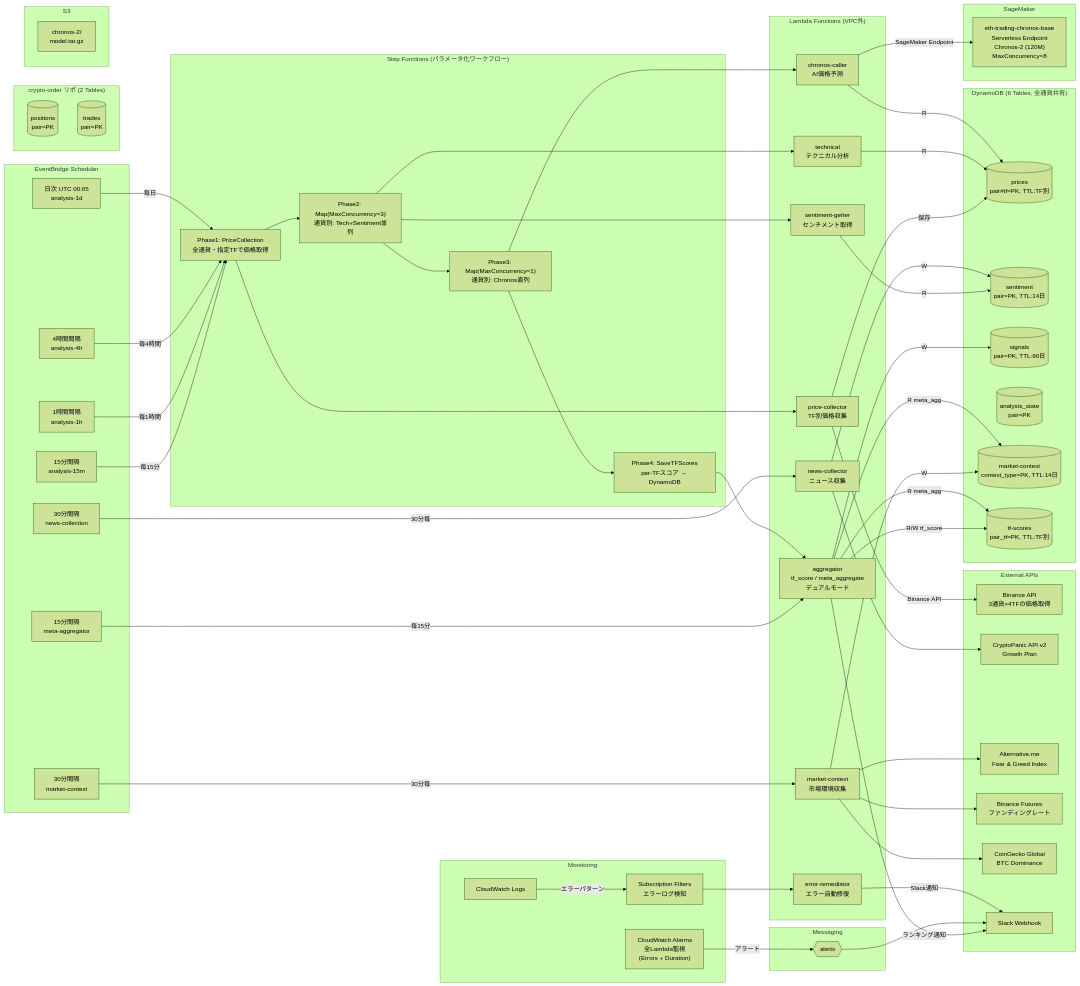
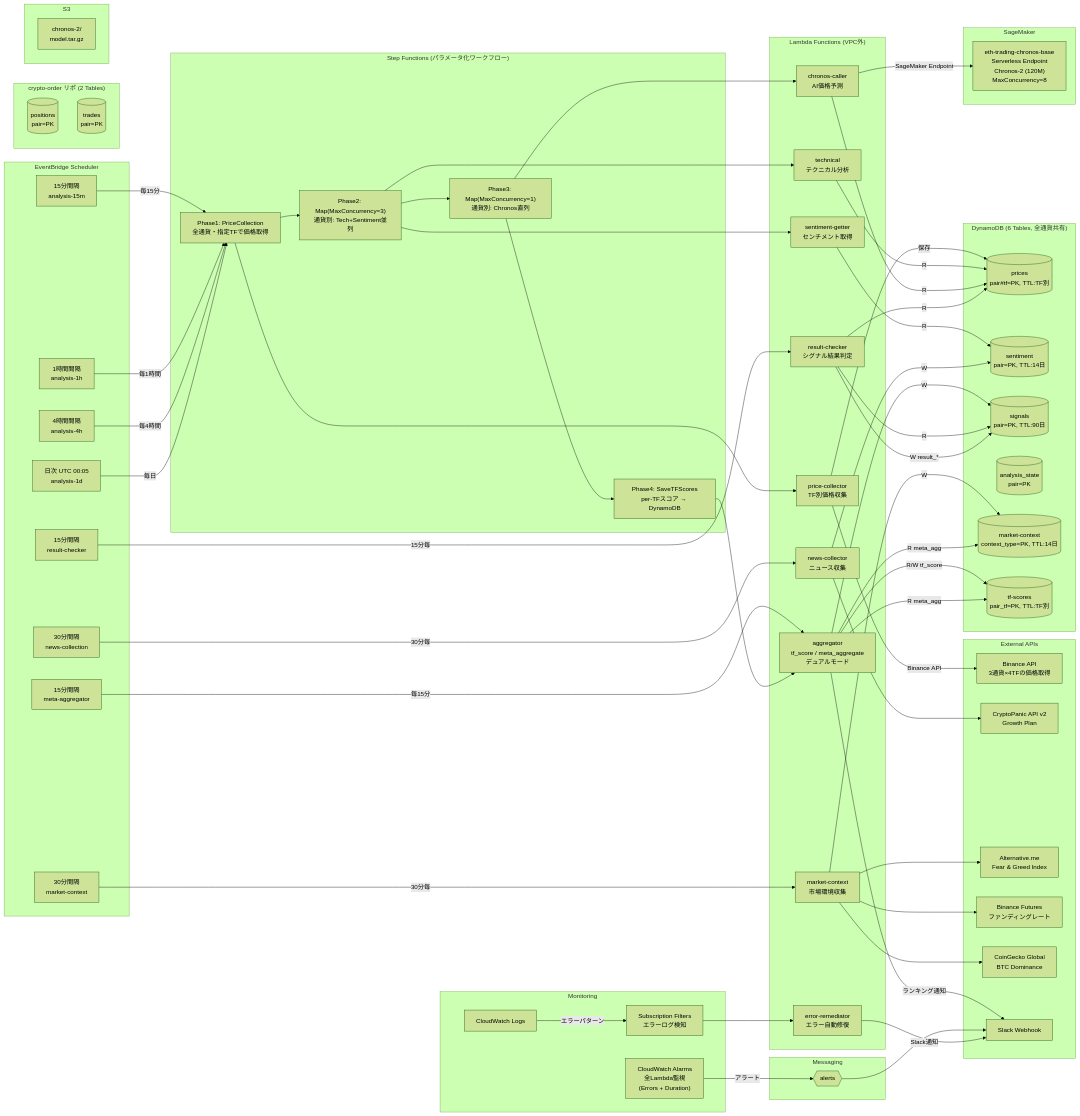
The diagram in docs/architecture.md (kiikun0530/crypto-trader), drawn with Mermaid (forest theme) before and after one commit. The commit also changed 5 other files, not shown here.

First line of the commit message:
feat: add result-checker Lambda for signal outcome tracking

```diff
--- a/docs/architecture.md
+++ b/docs/architecture.md
@@ -31,6 +31,7 @@
         EB_META["15分間隔<br/>meta-aggregator"]
         EB_NEWS["30分間隔<br/>news-collection"]
         EB_MKTCTX["30分間隔<br/>market-context"]
+        EB_RC["15分間隔<br/>result-checker"]
     end
 
     subgraph Lambda["Lambda Functions (VPC外)"]
@@ -42,6 +43,7 @@
         L_NEWS["news-collector<br/>ニュース収集"]
         L_MKTCTX["market-context<br/>市場環境収集"]
         L_REMEDIATE["error-remediator<br/>エラー自動修復"]
+        L_RC["result-checker<br/>シグナル結果判定"]
     end
 
     subgraph StepFunctions["Step Functions (パラメータ化ワークフロー)"]
@@ -91,6 +93,7 @@
     EB_META -->|"毎15分"| L_AGG
     EB_NEWS -->|"30分毎"| L_NEWS
     EB_MKTCTX -->|"30分毎"| L_MKTCTX
+    EB_RC -->|"15分毎"| L_RC
 
     %% Step Functions (4フェーズ)
     SF_PRICE --> L_PRICE
@@ -116,6 +119,11 @@
     L_AGG -->|"R meta_agg"| DB_TFSCORES
     L_AGG -->|"W"| DB_SIGNALS
 
+    %% 結果判定
+    L_RC -->|"R"| DB_SIGNALS
+    L_RC -->|"R"| DB_PRICES
+    L_RC -->|"W result_*"| DB_SIGNALS
+
     %% 注文実行・ポジション監視は crypto-order リポジトリに移行
 
     %% 通知（直接Slack Webhook）
```
